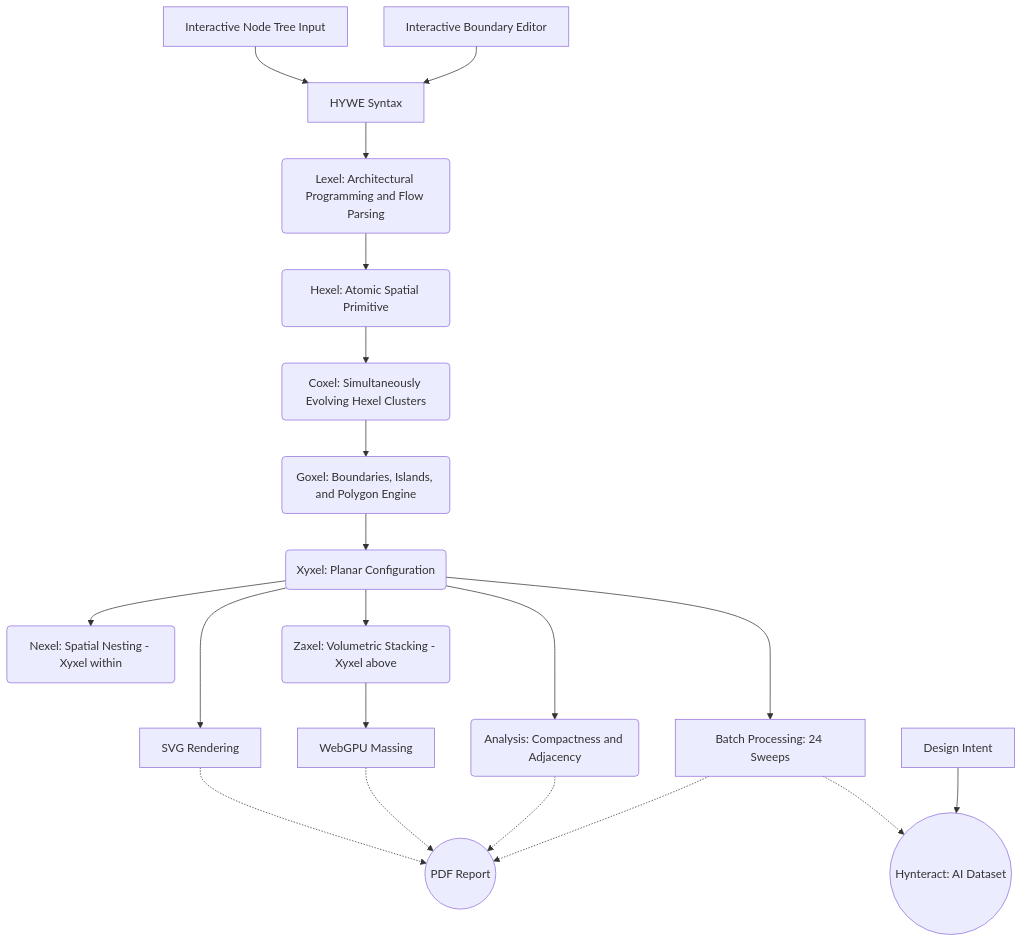
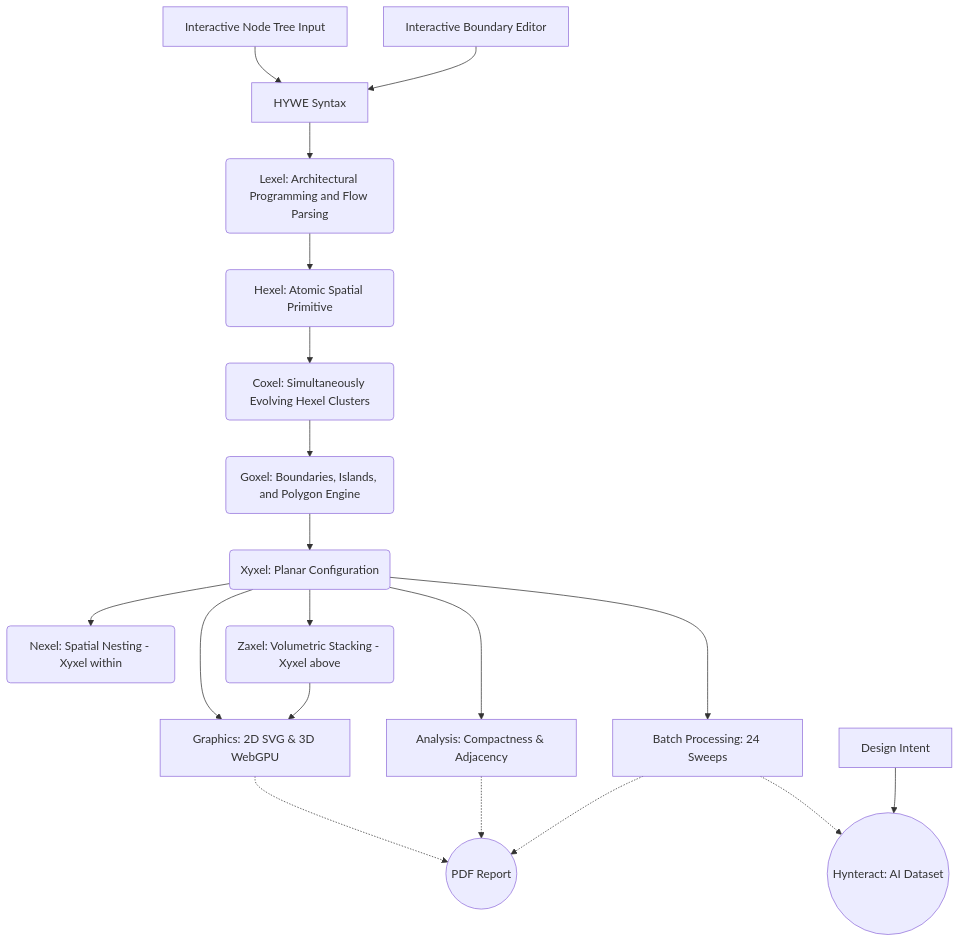
Before and after one commit to vykrum/Hywe: the diagram in README.md, drawn with Mermaid. The commit also changed other lines of this file, not shown here.

Commit message:
Include Graphics as sibling to Analysis in architecture table and Mermaid flowchart

````diff
--- a/README.md
+++ b/README.md
@@ -98,26 +99,25 @@
 ```mermaid
 graph TD
     A1[Interactive Node Tree Input] --> B[HYWE Syntax]
     A2[Interactive Boundary Editor] --> B[HYWE Syntax]
     B --> C(Lexel: Architectural Programming and Flow Parsing)
     C --> D(Hexel: Atomic Spatial Primitive)
     D --> E(Coxel: Simultaneously Evolving Hexel Clusters)
     E --> Gx(Goxel: Boundaries, Islands, and Polygon Engine)
     Gx --> F(Xyxel: Planar Configuration)
     
     F --> N(Nexel: Spatial Nesting - Xyxel within)
     F --> G(Zaxel: Volumetric Stacking - Xyxel above)
     
-    F --> F1[SVG Rendering]
-    G --> G1[WebGPU Massing]
-    F --> H(Analysis: Compactness and Adjacency)
+    F --> Gr[Graphics: 2D SVG & 3D WebGPU]
+    G --> Gr
+    F --> H[Analysis: Compactness & Adjacency]
     F --> I[Batch Processing: 24 Sweeps]
     
-    F1 -.-> ReportLabel((PDF Report))
-    G1 -.-> ReportLabel
+    Gr -.-> ReportLabel((PDF Report))
     H -.-> ReportLabel
     I -.-> ReportLabel
     
     I -.-> DatasetLabel((Hynteract: AI Dataset))
     DesignIntent[Design Intent] --> DatasetLabel
 ```
````
